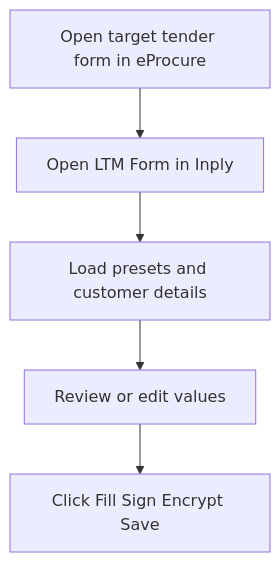
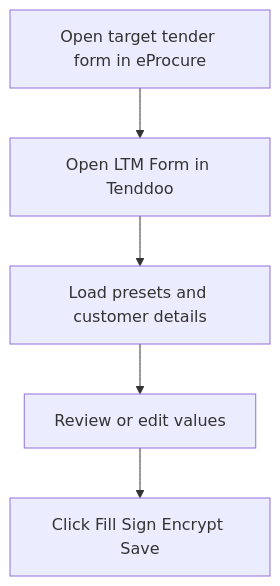
Before and after one commit to santokhan/inply-browser-extension: diagram 12 of 16 in docs/flow.md, drawn with Mermaid. The commit also changed other lines of this file and 8 other files, not shown here.

````diff
--- a/docs/flow.md
+++ b/docs/flow.md
@@ -136,7 +136,7 @@
 ```mermaid
 flowchart TD
-    Tender["Open target tender form in eProcure"] --> Ltm["Open LTM Form in Inply"]
+    Tender["Open target tender form in eProcure"] --> Ltm["Open LTM Form in Tenddoo"]
     Ltm --> Load["Load presets and customer details"]
     Load --> Review["Review or edit values"]
     Review --> Run["Click Fill Sign Encrypt Save"]
 ```
````
